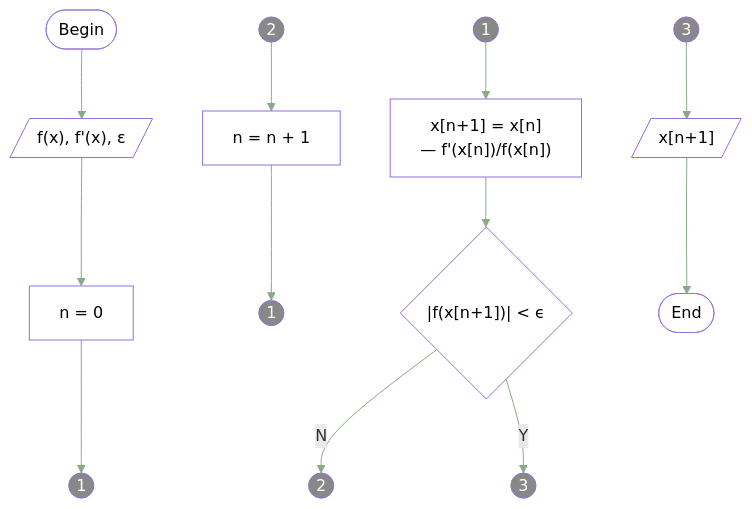
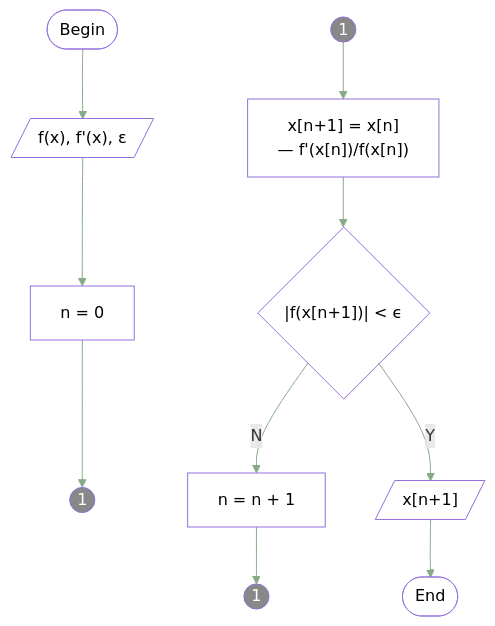
One commit to dudung/plaintext changed the diagram in content/notes/root-finding/newton-raphson-method.md. Above: the diagram before and after it, drawn with Mermaid. The commit also changed other lines of this file, not shown here.

```diff
--- a/content/notes/root-finding/newton-raphson-method.md
+++ b/content/notes/root-finding/newton-raphson-method.md
@@ -28,25 +28,21 @@
 {{< mermaid >}}
 flowchart TD
   B --> I --> P1 --> O1a
-  O2b --> P3 --> O1c
-  C --"N"--> O2a
-  O1b --> P2 --> C --"Y"--> O3a
-  O3b --> O --> E
+  O1b --> P2 --> C --"N"--> P3 --> O1c
+  C --"Y"--> O --> E
   O[/"x[n+1]"/]
   C{"|f(x[n+1])| < &varepsilon;"}
   P2["x[n+1] = x[n] <br> &mdash; f'(x[n])/f(x[n])"]
   P1["n = 0"]
   P3["n = n + 1"]
   I[/"f(x), f'(x), &epsilon;"/]
-  O3a(("3")); O3b(("3"));
-  O2a(("2")); O2b(("2"));
   O1a(("1")); O1b(("1")); O1c(("1"));
   B(["Begin"])
   E(["End"])
   classDef style1 fill:none, color:inherit
   classDef style2 fill:#888, color:#fff
   class P1,P2,P3,P4 style1
   class I,C,O,B,E style1
-  class O1a,O1b,O1c,O2a,O2b,O3a,O3b style2
+  class O1a,O1b,O1c, style2
   linkStyle default stroke:#8a8
 {{< /mermaid >}}
```
